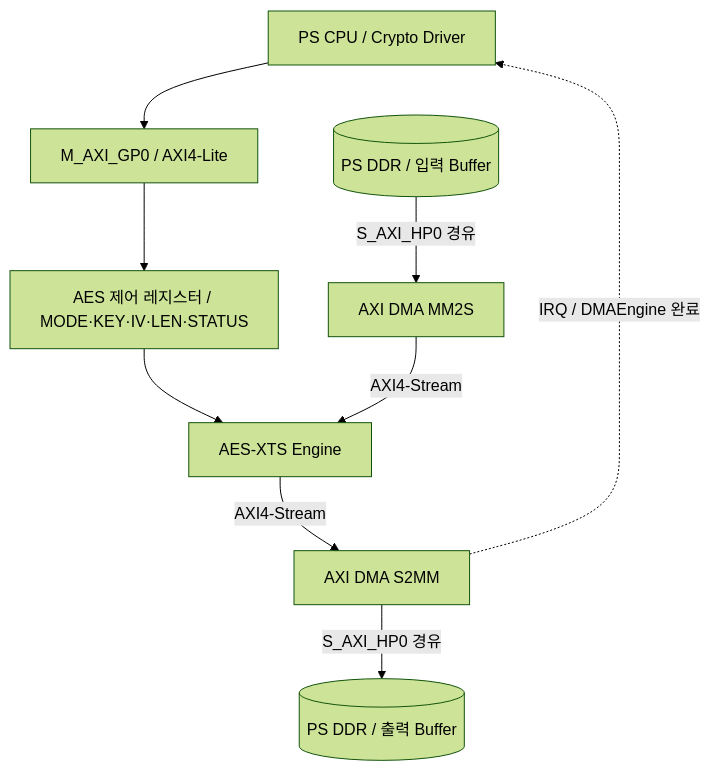
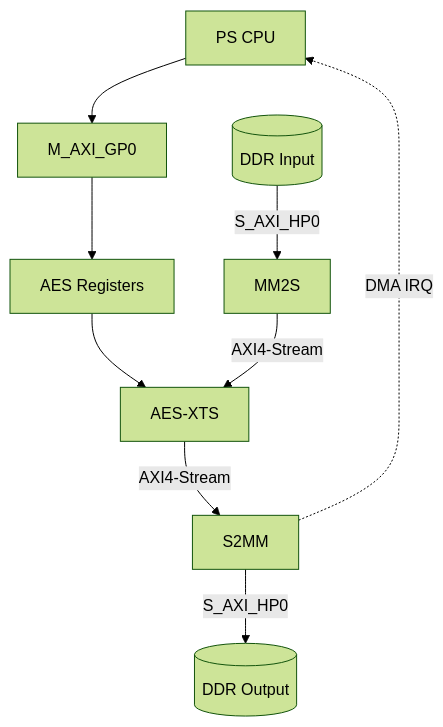
One commit to twotwoship/Assignment_Collection changed the second of 4 diagrams in fpga_base_secure_storage_controller_datapath_proto/README.md. Above: the diagram before and after it, drawn with Mermaid (forest theme). The commit also changed other lines of this file, not shown here.

````diff
--- a/fpga_base_secure_storage_controller_datapath_proto/README.md
+++ b/fpga_base_secure_storage_controller_datapath_proto/README.md
@@ -135,18 +175,18 @@
 ```mermaid
 flowchart TB
-    CPU["PS CPU / Crypto Driver"]
-    GP["M_AXI_GP0 / AXI4-Lite"]
-    REGS["AES 제어 레지스터 / MODE·KEY·IV·LEN·STATUS"]
-    TX[("PS DDR / 입력 Buffer")]
-    MM2S["AXI DMA MM2S"]
-    AES["AES-XTS Engine"]
-    S2MM["AXI DMA S2MM"]
-    RX[("PS DDR / 출력 Buffer")]
+    CPU["PS CPU"]
+    GP["M_AXI_GP0"]
+    REGS["AES Registers"]
+    TX[("DDR Input")]
+    MM2S["MM2S"]
+    AES["AES-XTS"]
+    S2MM["S2MM"]
+    RX[("DDR Output")]
     CPU --> GP --> REGS
     REGS --> AES
-    TX -->|"S_AXI_HP0 경유"| MM2S
+    TX -->|"S_AXI_HP0"| MM2S
     MM2S -->|"AXI4-Stream"| AES
     AES -->|"AXI4-Stream"| S2MM
-    S2MM -->|"S_AXI_HP0 경유"| RX
-    S2MM -.->|"IRQ / DMAEngine 완료"| CPU
+    S2MM -->|"S_AXI_HP0"| RX
+    S2MM -.->|"DMA IRQ"| CPU
 ```
````
